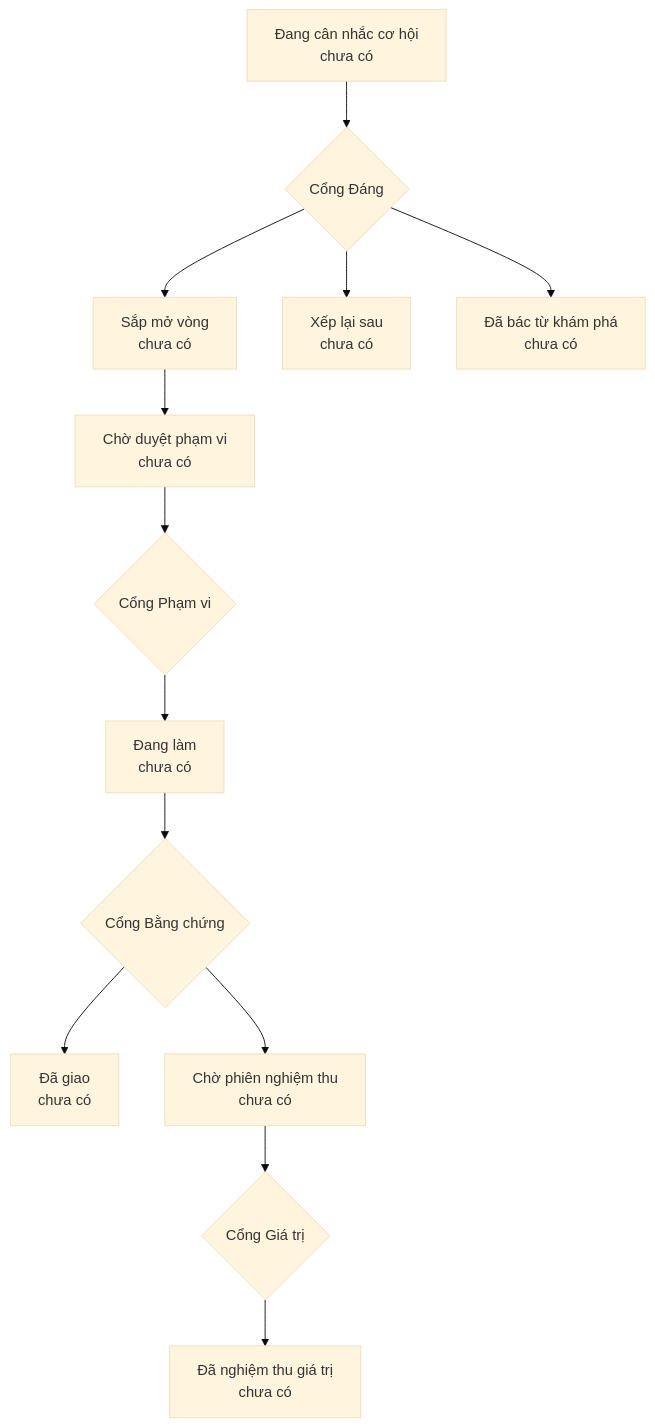
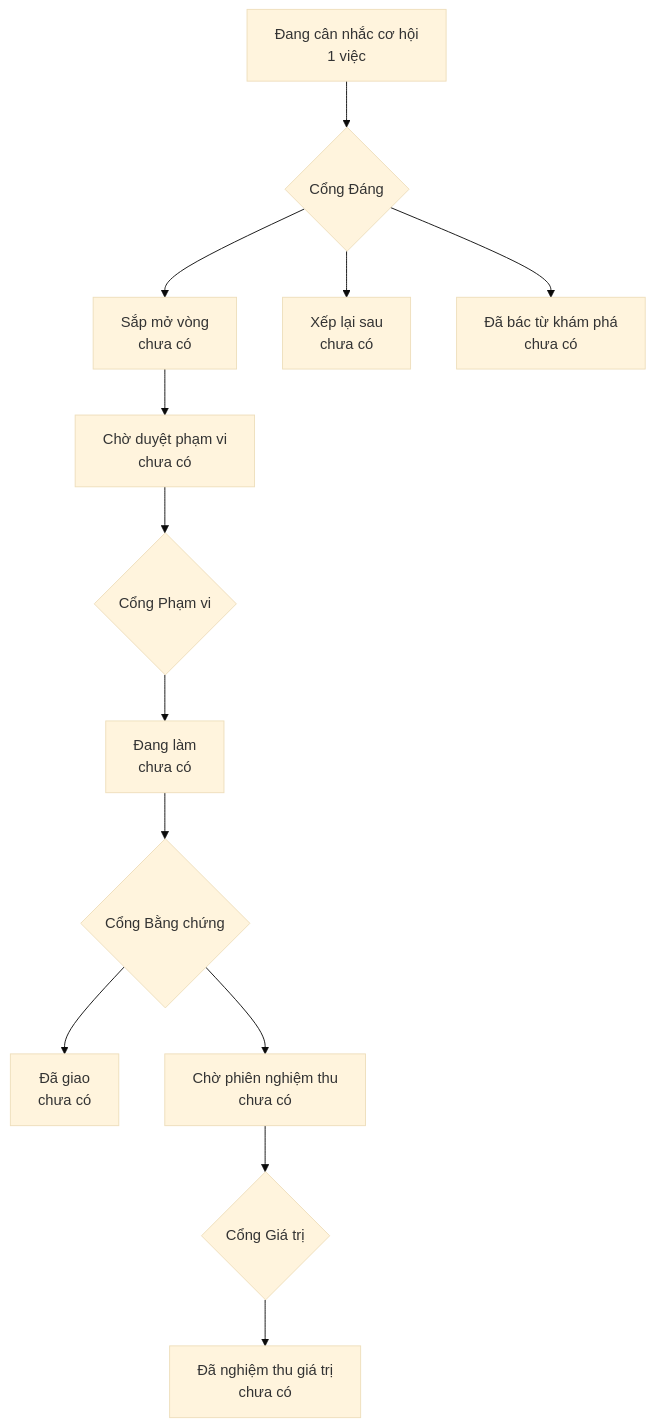
One commit to phanlemanh/onehub-quy-hang changed the diagram in PRODUCT-MAP.md. Above: the diagram before and after it, drawn with Mermaid (base theme). The commit also changed other lines of this file and 1 other file, not shown here.

Commit message:
chore: vẽ lại bản đồ sản phẩm và lộ trình sau ô cơ hội hàng 4

````diff
--- a/PRODUCT-MAP.md
+++ b/PRODUCT-MAP.md
@@ -7,12 +7,12 @@
 ```mermaid
 flowchart TD
-  A["Đang cân nhắc cơ hội<br/>chưa có"] --> GD{"Cổng Đáng"}
+  A["Đang cân nhắc cơ hội<br/>1 việc"] --> GD{"Cổng Đáng"}
   GD --> B["Sắp mở vòng<br/>chưa có"]
   GD --> XL["Xếp lại sau<br/>chưa có"]
   GD --> DB["Đã bác từ khám phá<br/>chưa có"]
   B --> CD["Chờ duyệt phạm vi<br/>chưa có"] --> GP{"Cổng Phạm vi"}
   GP --> DL["Đang làm<br/>chưa có"] --> GB{"Cổng Bằng chứng"}
   GB --> DG["Đã giao<br/>chưa có"]
   GB --> CN["Chờ phiên nghiệm thu<br/>chưa có"] --> GG{"Cổng Giá trị"}
   GG --> NT["Đã nghiệm thu giá trị<br/>chưa có"]
 ```
````
